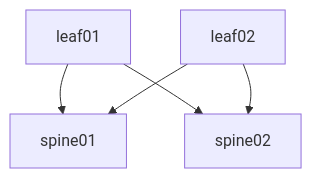
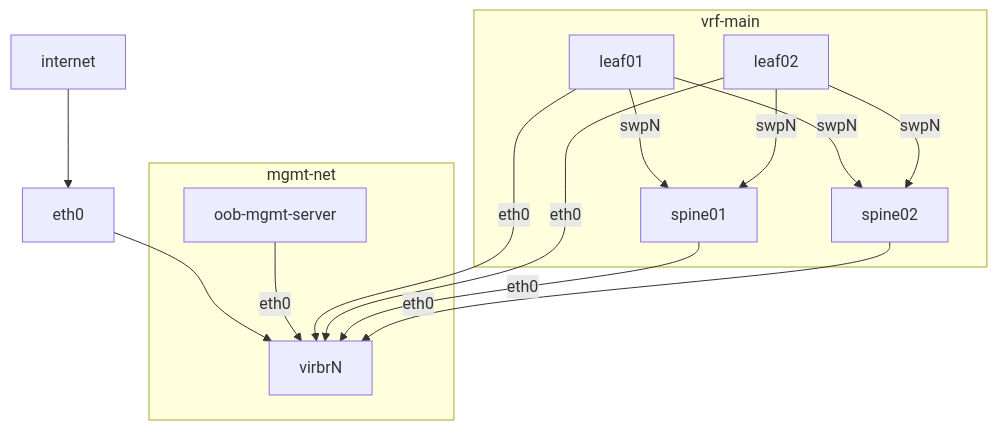
The diagram in README.md (lukassup/libvirt-virtual-topology), drawn with Mermaid before and after one commit. The commit also changed other lines of this file and 1 other file, not shown here.

Commit message:
update readme, fix mgmt-server net

````diff
--- a/README.md
+++ b/README.md
@@ -5,4 +6,11 @@
 ```mermaid
 graph TD;
-  leaf01 & leaf02 --> spine01 & spine02
+    internet --> eth0;
+    eth0 --> virbrN;
+    subgraph vrf-main
+      leaf01 & leaf02 -->|swpN| spine01 & spine02;
+    end
+    subgraph mgmt-net
+      oob-mgmt-server & leaf01 & leaf02 & spine01 & spine02 -->|eth0| virbrN;
+    end
 ```
````
